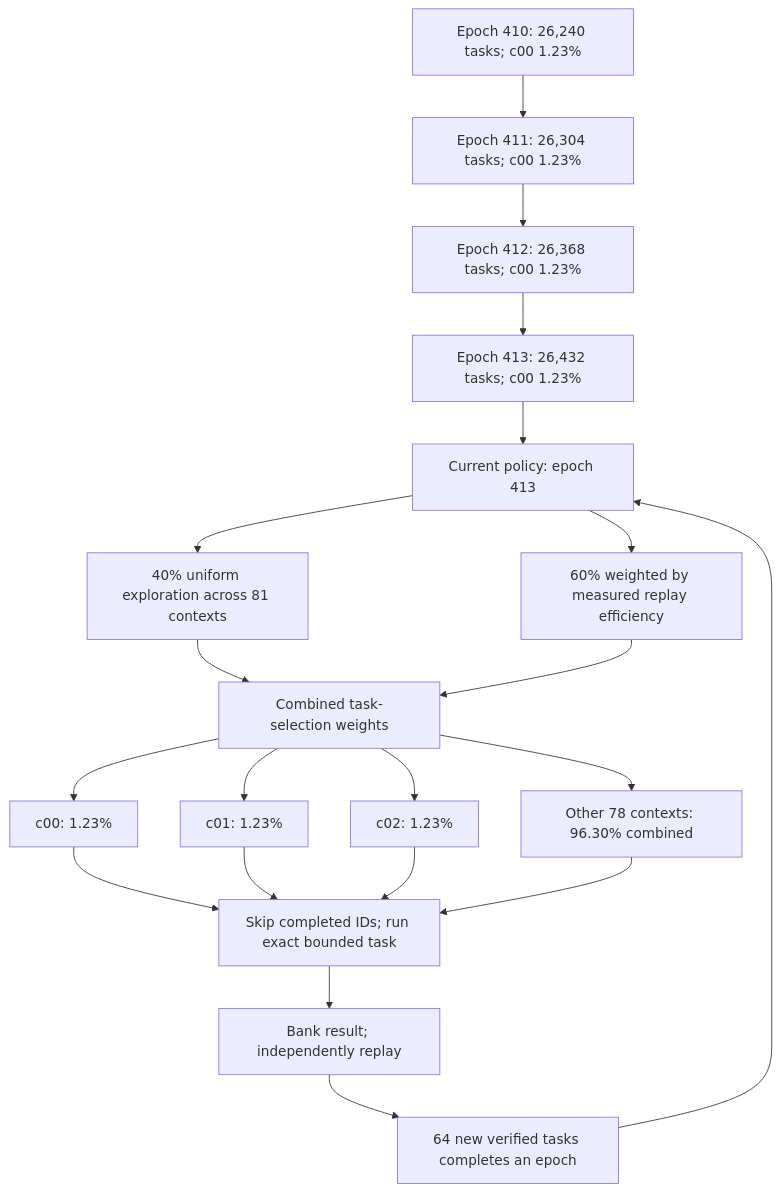
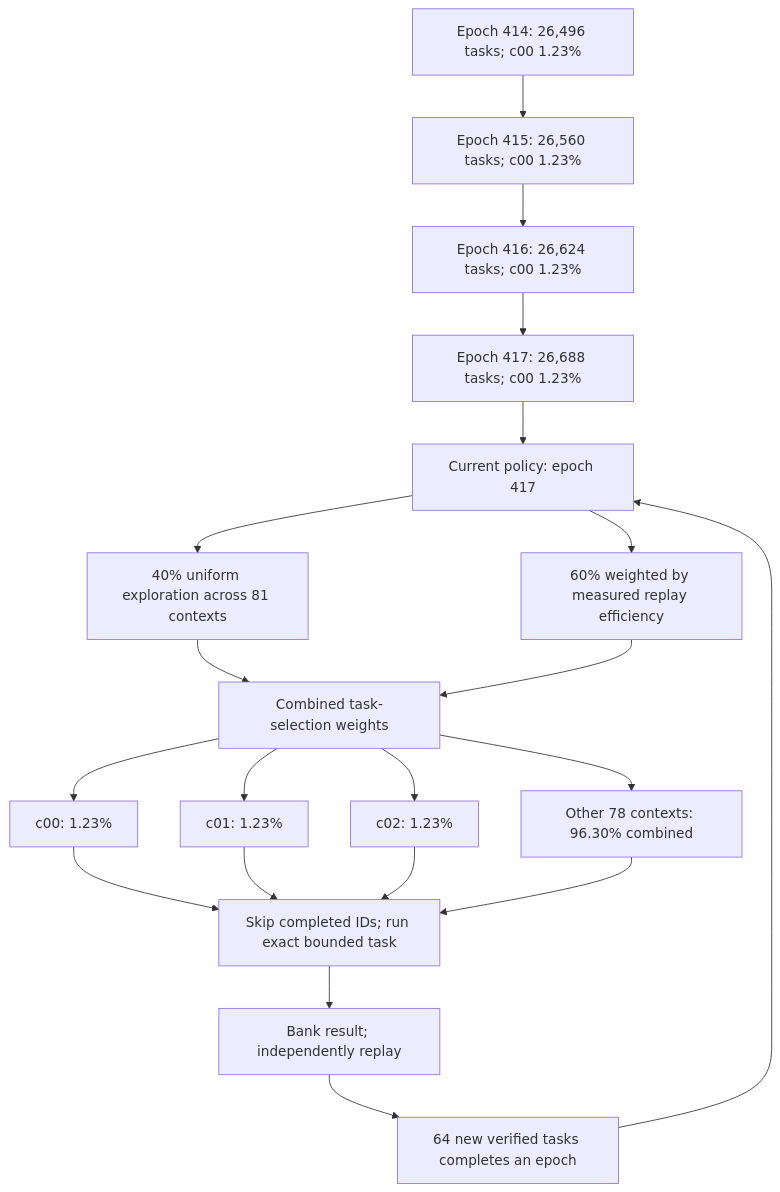
Before and after one commit to Kuberwastaken/math-gambling: the first of 2 diagrams in README.md, drawn with Mermaid. The commit also changed other lines of this file and 599 other files, not shown here.

````diff
--- a/README.md
+++ b/README.md
@@ -50,27 +50,27 @@
 ```mermaid
 flowchart TD
-    H0["Epoch 410: 26,240 tasks; c00 1.23%"]
-    H1["Epoch 411: 26,304 tasks; c00 1.23%"]
+    H0["Epoch 414: 26,496 tasks; c00 1.23%"]
+    H1["Epoch 415: 26,560 tasks; c00 1.23%"]
     H0 --> H1
-    H2["Epoch 412: 26,368 tasks; c00 1.23%"]
+    H2["Epoch 416: 26,624 tasks; c00 1.23%"]
     H1 --> H2
-    H3["Epoch 413: 26,432 tasks; c00 1.23%"]
+    H3["Epoch 417: 26,688 tasks; c00 1.23%"]
     H2 --> H3
-    Policy["Current policy: epoch 413"]
+    Policy["Current policy: epoch 417"]
     H3 --> Policy
     Policy --> Explore["40% uniform exploration across 81 contexts"]
     Policy --> Cost["60% weighted by measured replay efficiency"]
     Explore --> Mix["Combined task-selection weights"]
     Cost --> Mix
     Mix --> C0["c00: 1.23%"]
     Mix --> C1["c01: 1.23%"]
     Mix --> C2["c02: 1.23%"]
     Mix --> Rest["Other 78 contexts: 96.30% combined"]
     C0 --> Check["Skip completed IDs; run exact bounded task"]
     C1 --> Check
     C2 --> Check
     Rest --> Check
     Check --> Replay["Bank result; independently replay"]
     Replay --> Gate["64 new verified tasks completes an epoch"]
     Gate --> Policy
 ```
````
